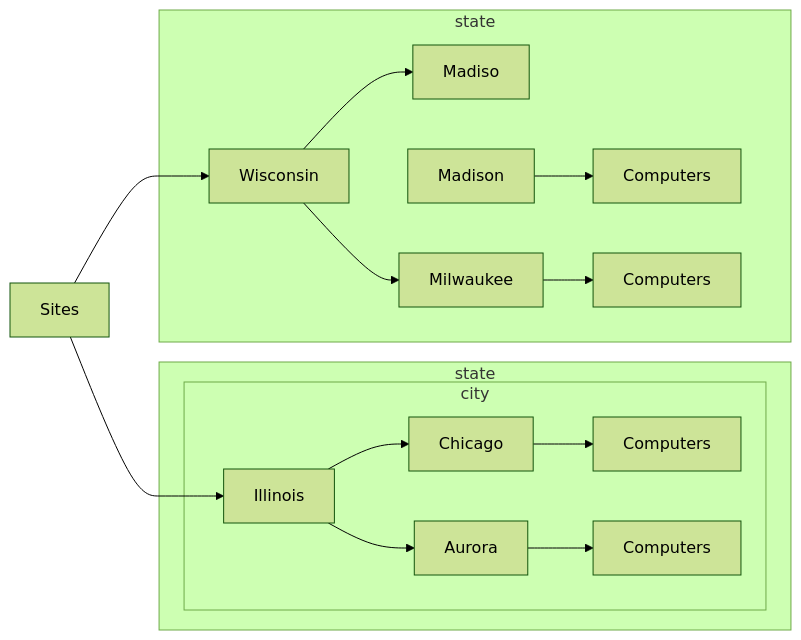
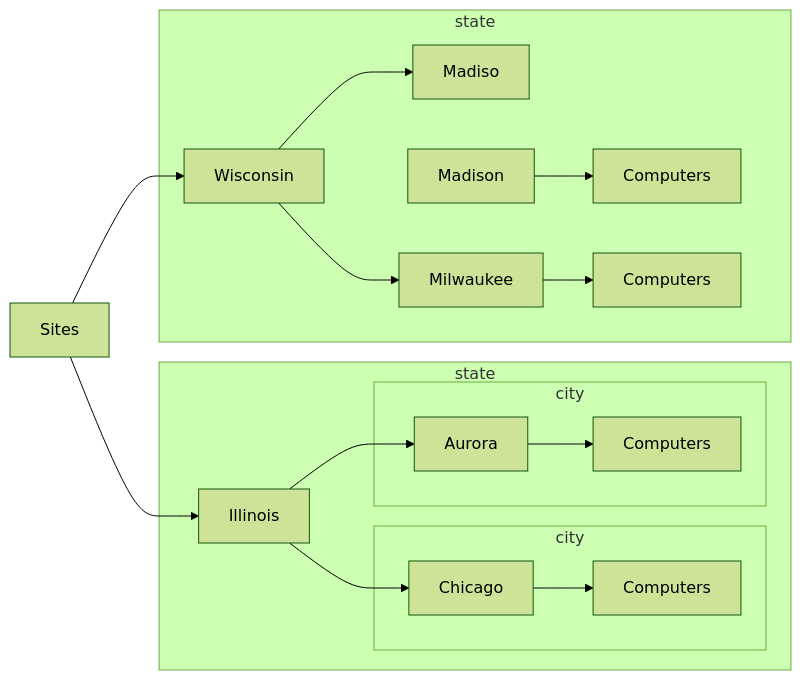
Before and after one commit to emerconnelly/sysadmin: the diagram in powershell-scripts/Move-ComputersByStateSiteCode/README.md, drawn with Mermaid (forest theme).

````diff
--- a/powershell-scripts/Move-ComputersByStateSiteCode/README.md
+++ b/powershell-scripts/Move-ComputersByStateSiteCode/README.md
@@ -24,19 +24,21 @@
 ```mermaid
 flowchart LR
     Sites --> Illinois
       subgraph state1[state]
       Illinois --> Chicago
         subgraph city1[city]
         Chicago --> computer1[Computers]
+        end
       Illinois --> Aurora
+        subgraph city2[city]
         Aurora --> computer2[Computers]
         end
       end
     Sites --> Wisconsin
       subgraph state2[state]
       Wisconsin --> Madiso
         Madison --> computer3[Computers]
       Wisconsin --> Milwaukee
         Milwaukee --> computer4[Computers]
       end
 ```
````
